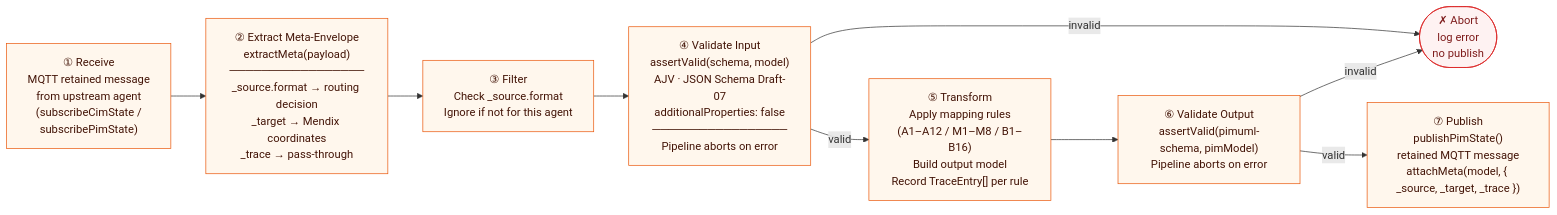
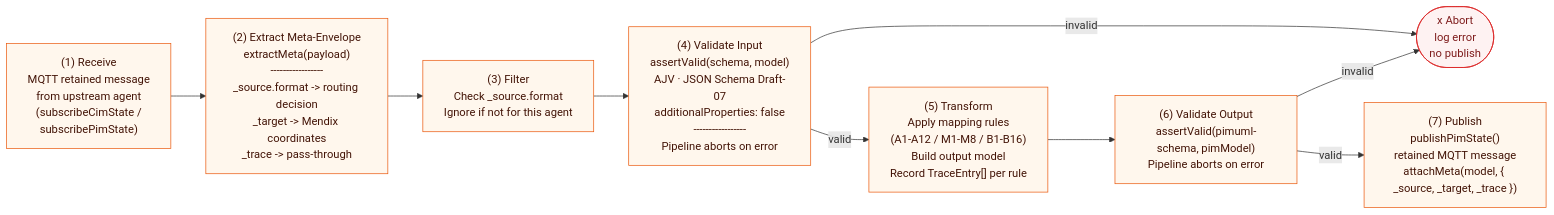
One commit to erikproper/demo-merode-mda-pipeline changed the second of 4 diagrams in thesis-notes/ARCHITECTURE.md. Above: the diagram before and after it, drawn with Mermaid. The commit also changed other lines of this file and 26 other files, not shown here.

````diff
--- a/thesis-notes/ARCHITECTURE.md
+++ b/thesis-notes/ARCHITECTURE.md
@@ -101,28 +101,28 @@
 ```mermaid
 flowchart LR
     classDef step fill:#fff7ed,stroke:#ea580c,color:#431407
     classDef data fill:#f0fdf4,stroke:#16a34a,color:#14532d
     classDef err  fill:#fef2f2,stroke:#dc2626,color:#7f1d1d
 
-    RECV["① Receive\nMQTT retained message\nfrom upstream agent\n(subscribeCimState /\nsubscribePimState)"]:::step
+    RECV["(1) Receive\nMQTT retained message\nfrom upstream agent\n(subscribeCimState /\nsubscribePimState)"]:::step
 
-    META["② Extract Meta-Envelope\nextractMeta(payload)\n─────────────────\n_source.format → routing decision\n_target → Mendix coordinates\n_trace → pass-through"]:::step
+    META["(2) Extract Meta-Envelope\nextractMeta(payload)\n-----------------\n_source.format -> routing decision\n_target -> Mendix coordinates\n_trace -> pass-through"]:::step
 
-    FILTER["③ Filter\nCheck _source.format\nIgnore if not for this agent"]:::step
+    FILTER["(3) Filter\nCheck _source.format\nIgnore if not for this agent"]:::step
 
-    VAL_IN["④ Validate Input\nassertValid(schema, model)\nAJV · JSON Schema Draft-07\nadditionalProperties: false\n─────────────────\nPipeline aborts on error"]:::step
+    VAL_IN["(4) Validate Input\nassertValid(schema, model)\nAJV · JSON Schema Draft-07\nadditionalProperties: false\n-----------------\nPipeline aborts on error"]:::step
 
-    TRANSFORM["⑤ Transform\nApply mapping rules\n(A1–A12 / M1–M8 / B1–B16)\nBuild output model\nRecord TraceEntry[] per rule"]:::step
+    TRANSFORM["(5) Transform\nApply mapping rules\n(A1-A12 / M1-M8 / B1-B16)\nBuild output model\nRecord TraceEntry[] per rule"]:::step
 
-    VAL_OUT["⑥ Validate Output\nassertValid(pimuml-schema, pimModel)\nPipeline aborts on error"]:::step
+    VAL_OUT["(6) Validate Output\nassertValid(pimuml-schema, pimModel)\nPipeline aborts on error"]:::step
 
-    PUBLISH["⑦ Publish\npublishPimState()\nretained MQTT message\nattachMeta(model, { _source, _target, _trace })"]:::step
+    PUBLISH["(7) Publish\npublishPimState()\nretained MQTT message\nattachMeta(model, { _source, _target, _trace })"]:::step
 
-    ABORT(["✗ Abort\nlog error\nno publish"]):::err
+    ABORT(["x Abort\nlog error\nno publish"]):::err
 
     RECV --> META --> FILTER --> VAL_IN
     VAL_IN -->|"invalid"| ABORT
     VAL_IN -->|"valid"| TRANSFORM --> VAL_OUT
     VAL_OUT -->|"invalid"| ABORT
     VAL_OUT -->|"valid"| PUBLISH
 ```
````
